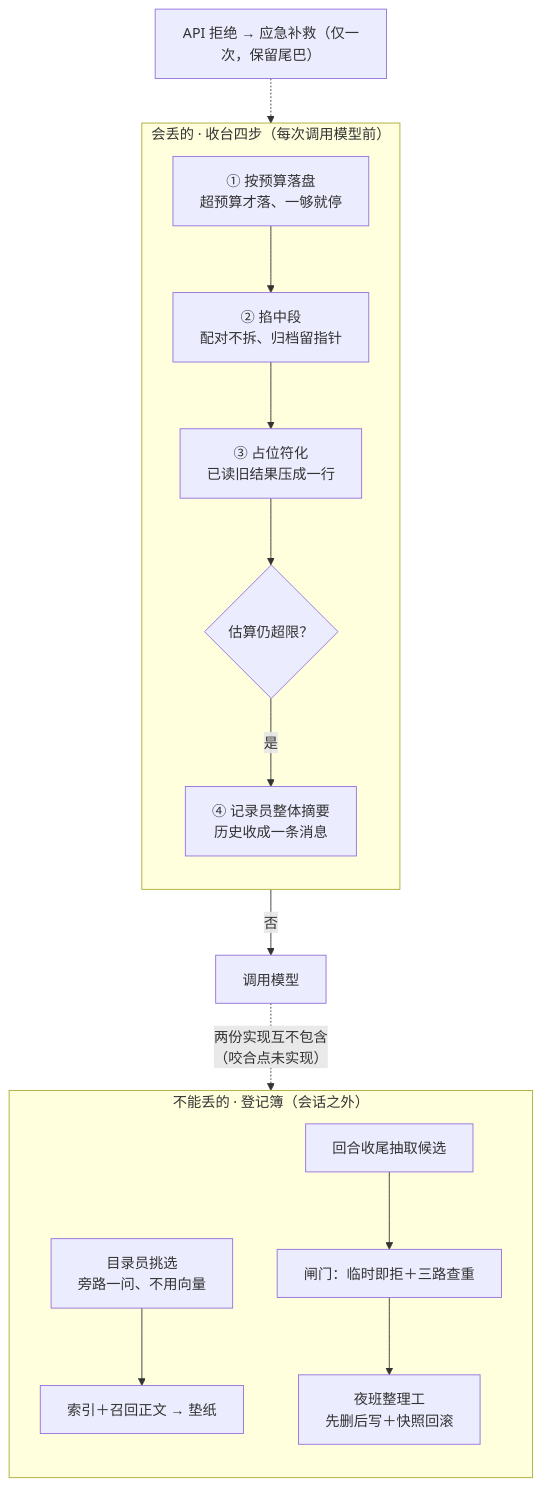
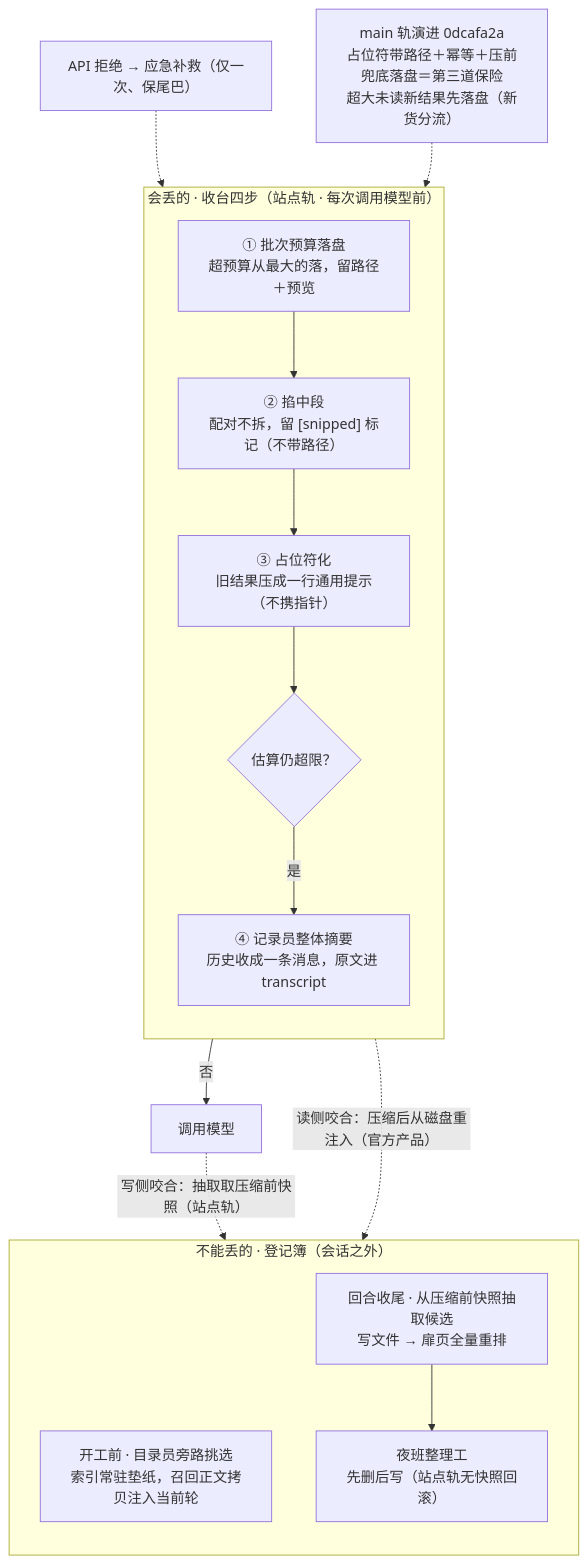
Before and after one commit to ThreeFish-AI/negentropy: the diagram in docs/assets/mermaid/agent-harness/claude-code-memory--memory-panorama.mmd, drawn with Mermaid. The commit also changed 23 other files, not shown here.

```diff
--- a/docs/assets/mermaid/agent-harness/claude-code-memory--memory-panorama.mmd
+++ b/docs/assets/mermaid/agent-harness/claude-code-memory--memory-panorama.mmd
@@ -1,21 +1,24 @@
 %% source: docs/research/agent-harness/173-claude-code-memory-management.md §2
 %% slug: claude-code-memory--memory-panorama
 %% type: workflow
 %% derived: docs/assets/architecture/agent-harness/claude-code-memory--memory-panorama.html
 flowchart TD
-    subgraph A["会丢的 · 收台四步（每次调用模型前）"]
+    subgraph A["会丢的 · 收台四步（站点轨 · 每次调用模型前）"]
         direction TB
-        A1["① 按预算落盘<br/>超预算才落、一够就停"] --> A2["② 掐中段<br/>配对不拆、归档留指针"]
-        A2 --> A3["③ 占位符化<br/>已读旧结果压成一行"]
+        A1["① 批次预算落盘<br/>超预算从最大的落，留路径＋预览"] --> A2["② 掐中段<br/>配对不拆，留 [snipped] 标记（不带路径）"]
+        A2 --> A3["③ 占位符化<br/>旧结果压成一行通用提示（不携指针）"]
         A3 --> A4{"估算仍超限？"}
-        A4 -- "是" --> A5["④ 记录员整体摘要<br/>历史收成一条消息"]
+        A4 -- "是" --> A5["④ 记录员整体摘要<br/>历史收成一条消息，原文进 transcript"]
     end
     A4 -- "否" --> M["调用模型"]
-    R["API 拒绝 → 应急补救（仅一次，保留尾巴）"] -.-> A5
+    R["API 拒绝 → 应急补救（仅一次、保尾巴）"] -.-> A5
+    E["main 轨演进 0dcafa2a<br/>占位符带路径＋幂等＋压前兜底落盘＝第三道保险<br/>超大未读新结果先落盘（新货分流）"]
+    E -.-> A3
     subgraph B["不能丢的 · 登记簿（会话之外）"]
         direction TB
-        B1["目录员挑选<br/>旁路一问、不用向量"] --> B2["索引＋召回正文 → 垫纸"]
-        B3["回合收尾抽取候选"] --> B4["闸门：临时即拒＋三路查重"]
-        B4 --> B5["夜班整理工<br/>先删后写＋快照回滚"]
+        B1["开工前 · 目录员旁路挑选<br/>索引常驻垫纸，召回正文拷贝注入当前轮"]
+        B3["回合收尾 · 从压缩前快照抽取候选<br/>写文件 → 扉页全量重排"]
+        B3 --> B5["夜班整理工<br/>先删后写（站点轨无快照回滚）"]
     end
-    M -. "两份实现互不包含<br/>（咬合点未实现）" .-> B1
+    M -. "写侧咬合：抽取取压缩前快照（站点轨）" .-> B3
+    A5 -. "读侧咬合：压缩后从磁盘重注入（官方产品）" .-> B1
```
